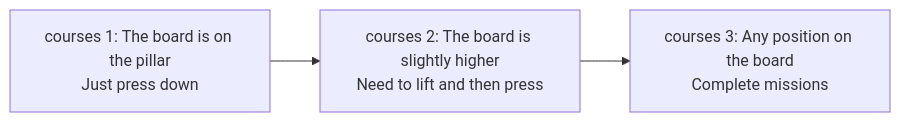
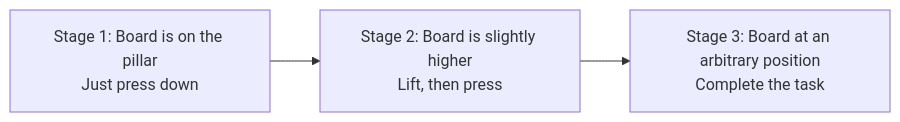
The eighth of 24 diagrams in _translations/en/research/Reinforcement-Learning-Survey.md (TingdeLiu/tingdeliu.github.io), drawn with Mermaid before and after one commit. The commit also changed other lines of this file and 51 other files, not shown here.

````diff
--- a/_translations/en/research/Reinforcement-Learning-Survey.md
+++ b/_translations/en/research/Reinforcement-Learning-Survey.md
@@ -754,5 +754,5 @@
 ```mermaid
 graph LR
-    A["courses 1: The board is on the pillar<br/>Just press down"] --> B["courses 2: The board is slightly higher<br/>Need to lift and then press"]
-    B --> C["courses 3: Any position on the board<br/>Complete missions"]
+    A["Stage 1: Board is on the pillar<br/>Just press down"] --> B["Stage 2: Board is slightly higher<br/>Lift, then press"]
+    B --> C["Stage 3: Board at an arbitrary position<br/>Complete the task"]
 ```
````
